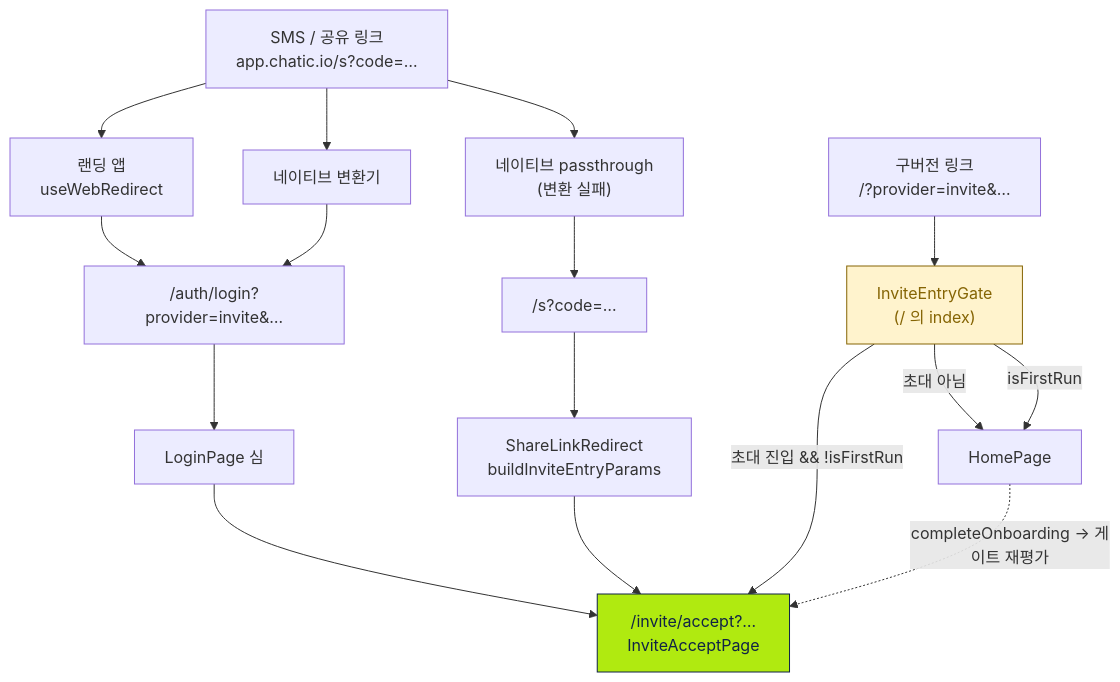
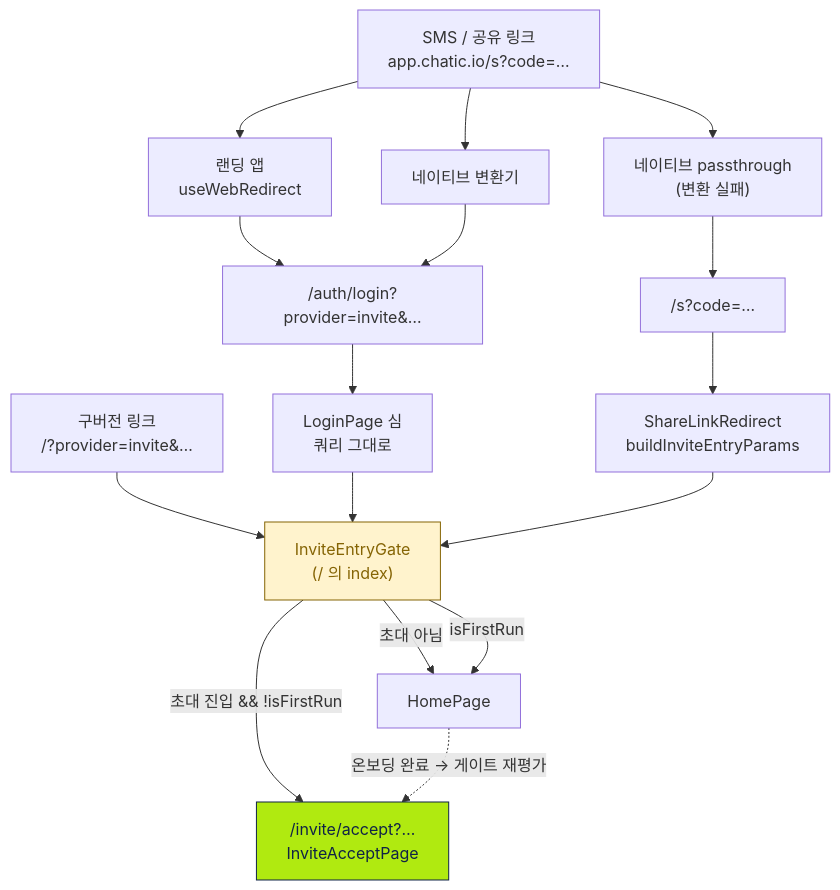
Before and after one commit to lemoncloud-io/dou-app: the first of 3 diagrams in docs/invite-accept-entry.md, drawn with Mermaid. The commit also changed other lines of this file and 1 other file, not shown here.

First line of the commit message:
docs(spec): mark the invite accept entry live

````diff
--- a/docs/invite-accept-entry.md
+++ b/docs/invite-accept-entry.md
@@ -81,27 +80,28 @@
 ```mermaid
 flowchart TD
     SMS["SMS / 공유 링크<br/>app.chatic.io/s?code=…"]
 
     SMS --> LANDING["랜딩 앱<br/>useWebRedirect"]
     SMS --> NATIVE["네이티브 변환기"]
     SMS --> PASS["네이티브 passthrough<br/>(변환 실패)"]
 
     LANDING --> AUTHLOGIN["/auth/login?provider=invite&…"]
     NATIVE --> AUTHLOGIN
     PASS --> SPATH["/s?code=…"]
 
-    AUTHLOGIN --> SHIM["LoginPage 심"]
+    AUTHLOGIN --> SHIM["LoginPage 심<br/>쿼리 그대로"]
     SPATH --> SLR["ShareLinkRedirect<br/>buildInviteEntryParams"]
-    LEGACY["구버전 링크<br/>/?provider=invite&…"] --> GATE["InviteEntryGate<br/>(/ 의 index)"]
+    LEGACY["구버전 링크<br/>/?provider=invite&…"] --> GATE
 
-    SHIM --> ACCEPT
-    SLR --> ACCEPT
+    SHIM --> GATE["InviteEntryGate<br/>(/ 의 index)"]
+    SLR --> GATE
+
     GATE -->|초대 진입 && !isFirstRun| ACCEPT["/invite/accept?…<br/>InviteAcceptPage"]
     GATE -->|초대 아님| HOME["HomePage"]
     GATE -->|isFirstRun| HOME
 
-    HOME -.->|completeOnboarding → 게이트 재평가| ACCEPT
+    HOME -.->|온보딩 완료 → 게이트 재평가| ACCEPT
 
     style ACCEPT fill:#b0ea10,stroke:#102346,color:#102346
     style GATE fill:#fff3cd,stroke:#856404,color:#856404
 ```
````
